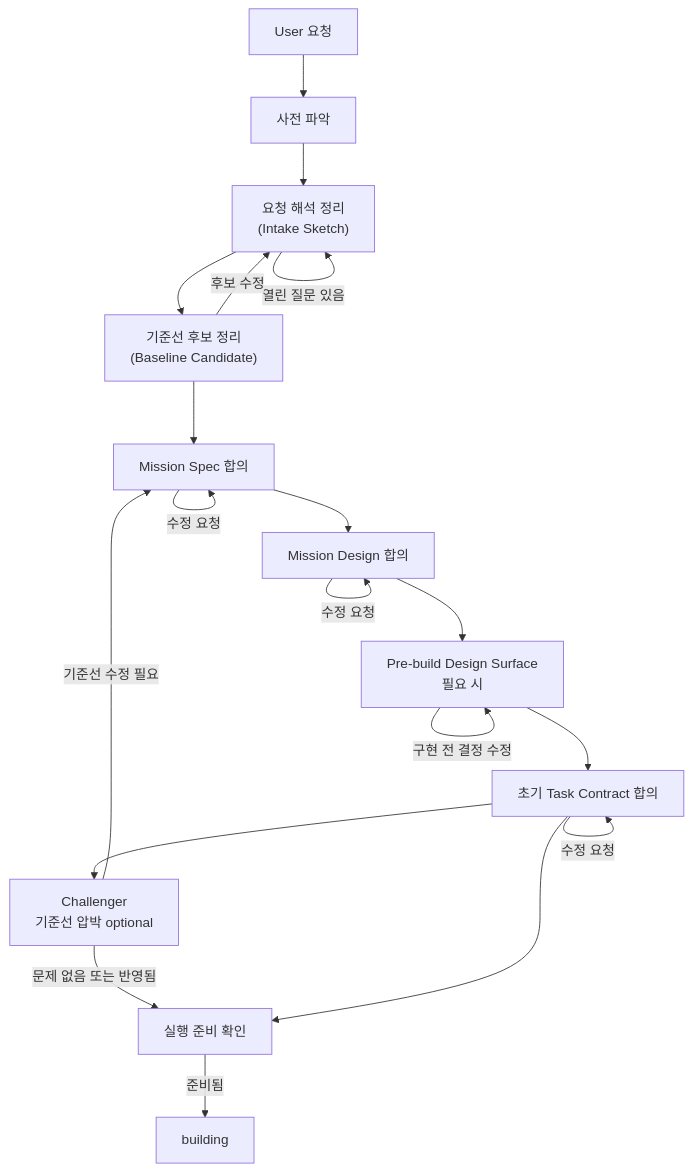
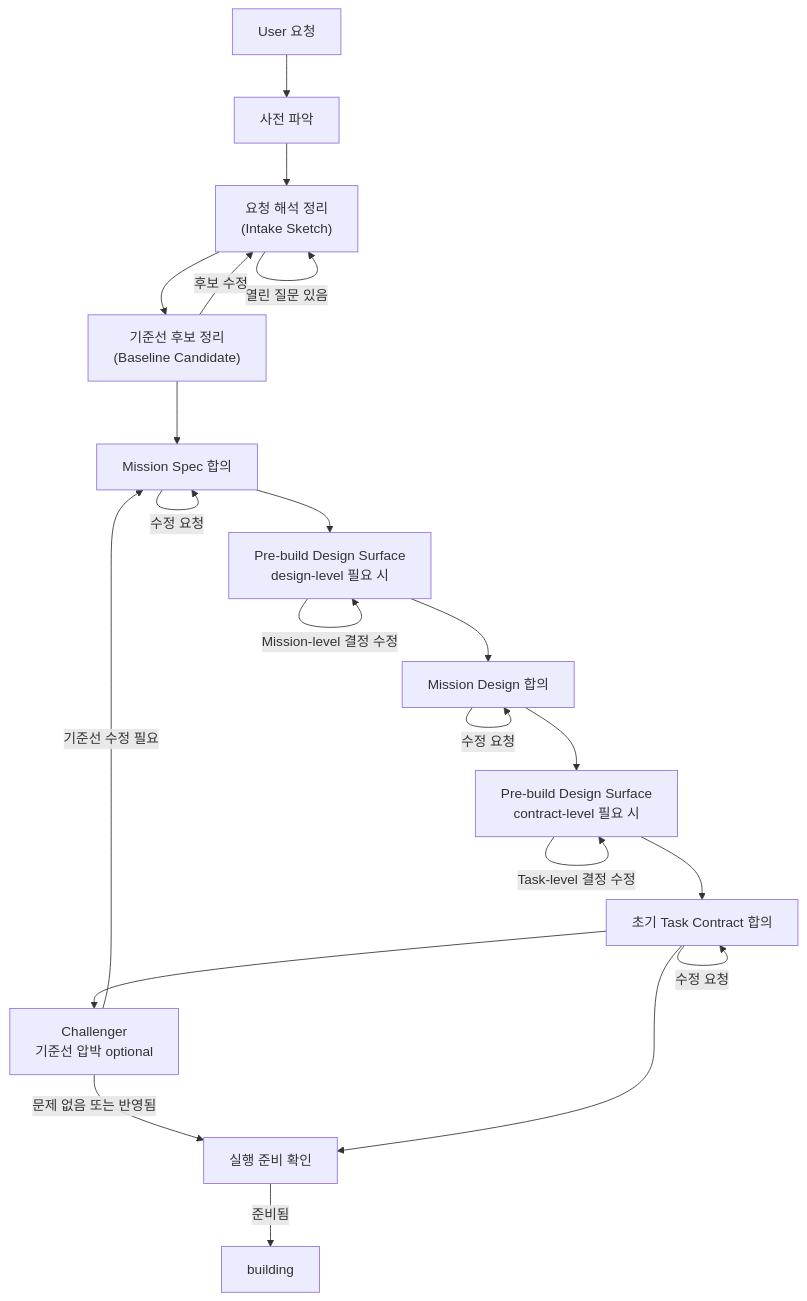
The second of 4 diagrams in docs/operating/mission.md (choam2426/geas), drawn with Mermaid before and after one commit. The commit also changed other lines of this file and 8 other files, not shown here.

Commit message:
Refine pre-build design surface triggers

````diff
--- a/docs/operating/mission.md
+++ b/docs/operating/mission.md
@@ -99,27 +99,29 @@
 ```mermaid
 flowchart TD
   R["User 요청"]
   P["사전 파악"]
   I["요청 해석 정리<br/>(Intake Sketch)"]
   C["기준선 후보 정리<br/>(Baseline Candidate)"]
   S["Mission Spec 합의"]
+  PBSD["Pre-build Design Surface<br/>design-level 필요 시"]
   D["Mission Design 합의"]
-  PBS["Pre-build Design Surface<br/>필요 시"]
+  PBSC["Pre-build Design Surface<br/>contract-level 필요 시"]
   T["초기 Task Contract 합의"]
   H["Challenger<br/>기준선 압박 optional"]
   K["실행 준비 확인"]
   B["building"]
 
-  R --> P --> I --> C --> S --> D --> PBS --> T
+  R --> P --> I --> C --> S --> PBSD --> D --> PBSC --> T
   T --> H
   H -->|"문제 없음 또는 반영됨"| K
   H -->|"기준선 수정 필요"| S
   T --> K
   I -->|"열린 질문 있음"| I
   C -->|"후보 수정"| I
   S -->|"수정 요청"| S
+  PBSD -->|"Mission-level 결정 수정"| PBSD
   D -->|"수정 요청"| D
-  PBS -->|"구현 전 결정 수정"| PBS
+  PBSC -->|"Task-level 결정 수정"| PBSC
   T -->|"수정 요청"| T
   K -->|"준비됨"| B
 ```
````
